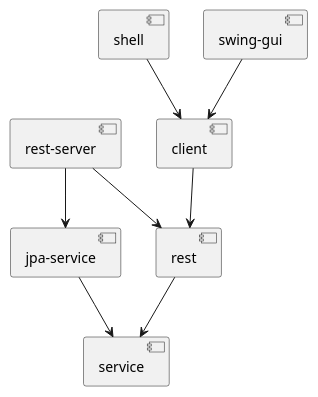
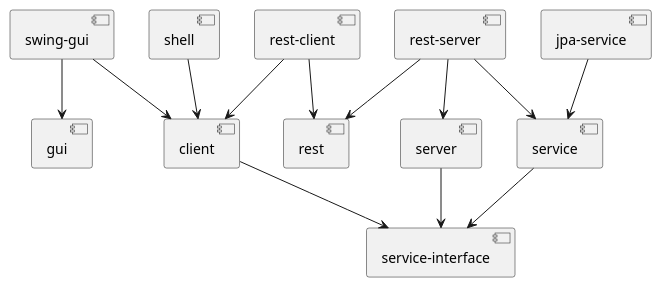
One commit to greifentor/carp-bm changed the diagram in docs/architecture/module-diagram.plantuml. Above: the diagram before and after it, drawn with PlantUML. The commit also changed 42 other files, not shown here.

```diff
--- a/docs/architecture/module-diagram.plantuml
+++ b/docs/architecture/module-diagram.plantuml
@@ -1,27 +1,38 @@
 @startuml
 
 '!theme mono
 'COMMENT - skinparam linetype ortho
 
 component client
+component gui
 component jpaservice as "jpa-service"
 component rest
+component restclient as "rest-client"
 component restserver as "rest-server"
+component server
 component service
+component serviceinterface as "service-interface"
 component shell
 component swing as "swing-gui"
 
-client --> rest
+client --> serviceinterface
 
 jpaservice --> service
 
-rest --> service
+restclient --> client
+restclient --> rest
 
 restserver --> rest
-restserver --> jpaservice
+restserver --> server
+restserver --> service
+
+server --> serviceinterface
+
+service --> serviceinterface
 
 shell --> client
 
 swing --> client
+swing --> gui
 
 @enduml
```
